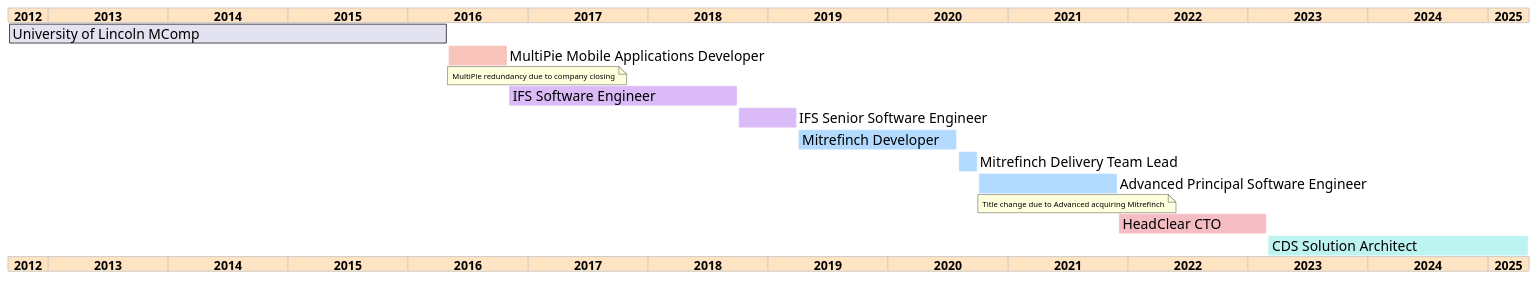
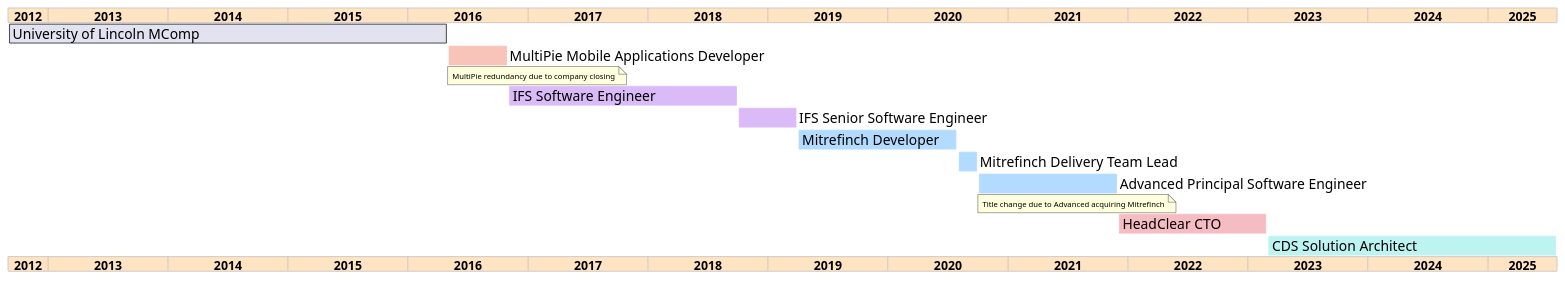
One commit to jamie-lord/Lord.technology changed the diagram in me_gantt.puml. Above: the diagram before and after it, drawn with PlantUML.

```diff
--- a/me_gantt.puml
+++ b/me_gantt.puml
@@ -1,53 +1,53 @@
 @startgantt
 ganttscale yearly
 Project starts 2012-09-01
 
 <style>
 ganttDiagram {
     FontName Arial
     FontSize 18
     note {
         FontSize 10
     }
     timeline {
         BackgroundColor Bisque
         FontName Arial
         FontSize 16
         FontStyle bold
         FontColor black
     }
 }
 </style>
 
 [University of Lincoln MComp] starts 2012-09-01 and ends 2016-04-31
 
 [MultiPie Mobile Applications Developer] starts 2016-05-01 and ends 2016-10-31
 [MultiPie Mobile Applications Developer] is colored in #f8c4b9
 note bottom
 MultiPie redundancy due to company closing
 end note
 
 [IFS Software Engineer] starts 2016-11-01 and ends 2018-09-31
 [IFS Software Engineer] is colored in #dabbf7
 
 [IFS Senior Software Engineer] starts 2018-10-01 and ends 2019-03-31
 [IFS Senior Software Engineer] is colored in #dabbf7
 
 [Mitrefinch Developer] starts 2019-04-01 and ends 2020-07-30
 [Mitrefinch Developer] is colored in #b3dbff
 
 [Mitrefinch Delivery Team Lead] starts 2020-08-01 and ends 2020-09-31
 [Mitrefinch Delivery Team Lead] is colored in #b3dbff
 
 [Advanced Principal Software Engineer] starts 2020-10-01 and ends 2021-11-31
 [Advanced Principal Software Engineer] is colored in #b3dbff
 note bottom
 Title change due to Advanced acquiring Mitrefinch
 end note
 
 [HeadClear CTO] starts 2021-12-01 and ends 2023-02-28
 [HeadClear CTO] is colored in #f6bcc3
 
-[CDS Solution Architect] starts 2023-03-01 and ends 2025-05-05
+[CDS Solution Architect] starts 2023-03-01 and ends 2025-07-29
 [CDS Solution Architect] is colored in #bdf4f2
 @endgantt
```
